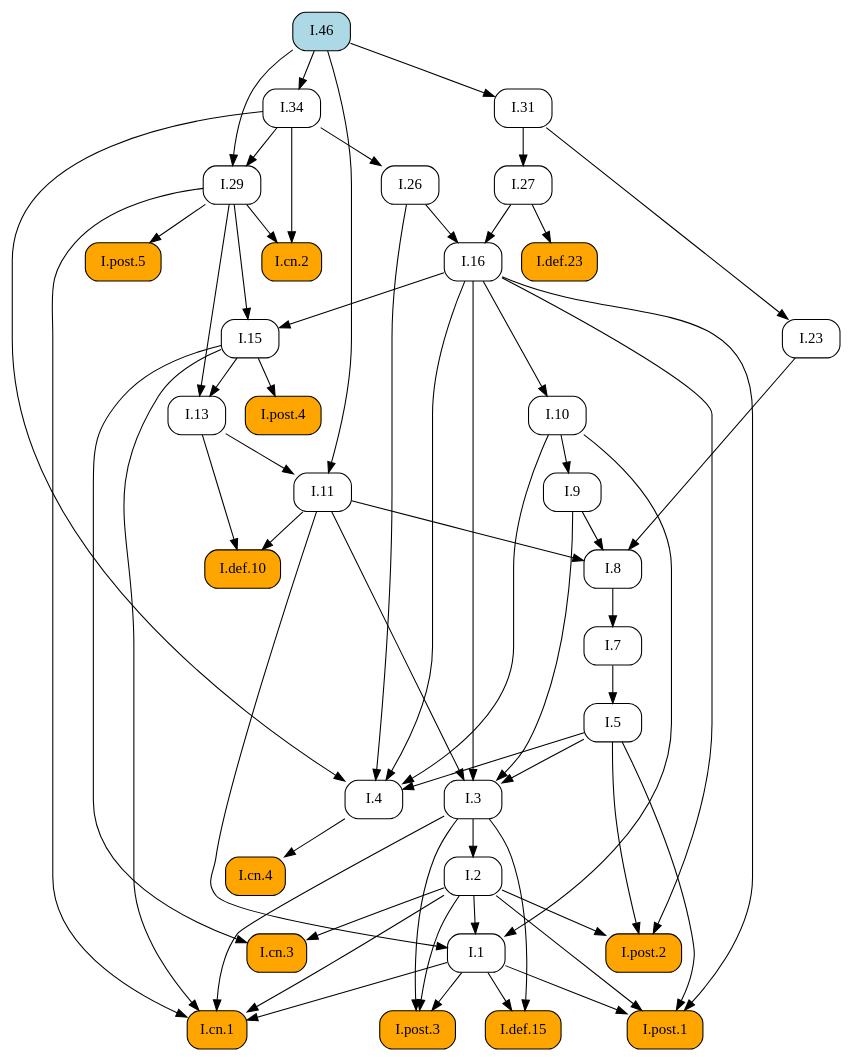
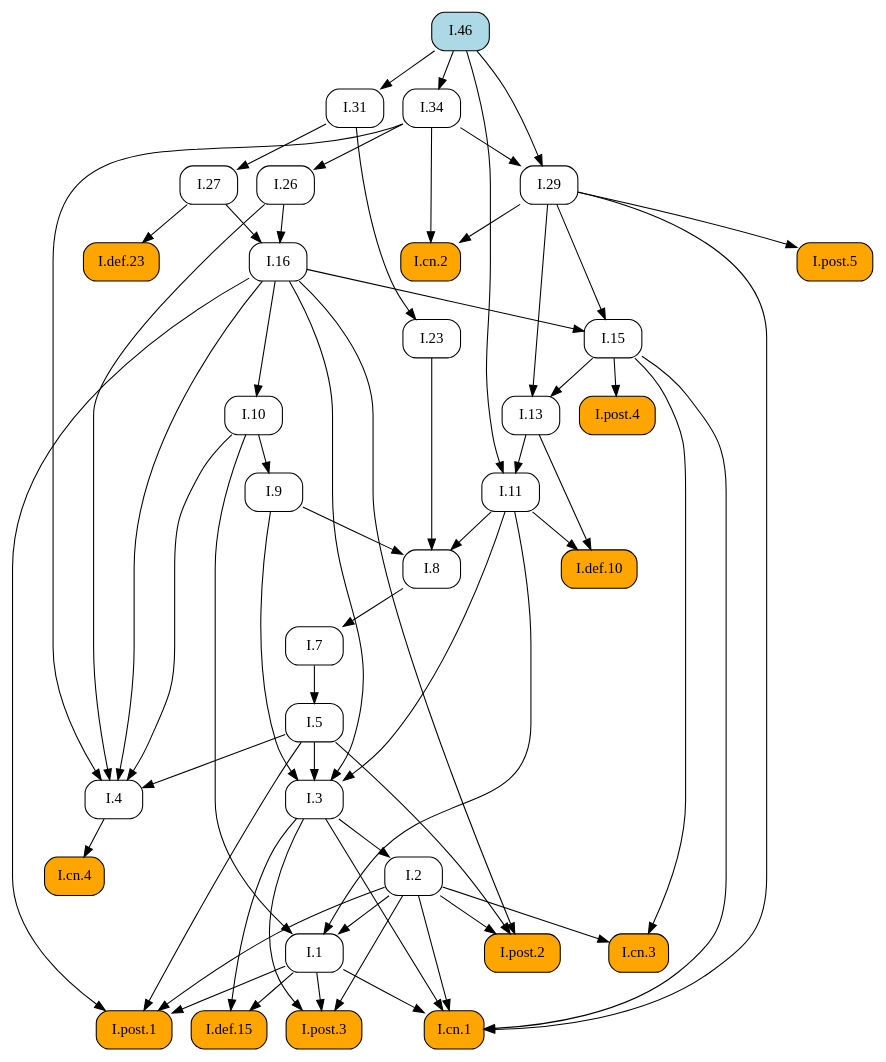
The diagram in docsrc/heath/I/46/index.rst (geometor/elements), drawn with Graphviz before and after one commit. The commit also changed other lines of this file and 484 other files, not shown here.

```diff
--- a/docsrc/heath/I/46/index.rst
+++ b/docsrc/heath/I/46/index.rst
@@ -65,98 +65,98 @@
    digraph {
      rankdir="TB";
      node [shape=box, style=rounded];
+     "I.23" [URL="/heath/I/23/", target="_top"];
+     "I.9" [URL="/heath/I/9/", target="_top"];
+     "I.cn.1" [style="rounded,filled", fillcolor=orange, URL="/heath/I/cn.1/", target="_top"];
+     "I.7" [URL="/heath/I/7/", target="_top"];
+     "I.2" [URL="/heath/I/2/", target="_top"];
+     "I.def.15" [style="rounded,filled", fillcolor=orange, URL="/heath/I/def.15/", target="_top"];
+     "I.13" [URL="/heath/I/13/", target="_top"];
+     "I.post.4" [style="rounded,filled", fillcolor=orange, URL="/heath/I/post.4/", target="_top"];
+     "I.4" [URL="/heath/I/4/", target="_top"];
+     "I.1" [URL="/heath/I/1/", target="_top"];
+     "I.post.3" [style="rounded,filled", fillcolor=orange, URL="/heath/I/post.3/", target="_top"];
+     "I.post.1" [style="rounded,filled", fillcolor=orange, URL="/heath/I/post.1/", target="_top"];
+     "I.5" [URL="/heath/I/5/", target="_top"];
+     "I.8" [URL="/heath/I/8/", target="_top"];
+     "I.29" [URL="/heath/I/29/", target="_top"];
+     "I.cn.3" [style="rounded,filled", fillcolor=orange, URL="/heath/I/cn.3/", target="_top"];
+     "I.16" [URL="/heath/I/16/", target="_top"];
+     "I.31" [URL="/heath/I/31/", target="_top"];
      "I.def.10" [style="rounded,filled", fillcolor=orange, URL="/heath/I/def.10/", target="_top"];
+     "I.15" [URL="/heath/I/15/", target="_top"];
+     "I.10" [URL="/heath/I/10/", target="_top"];
      "I.11" [URL="/heath/I/11/", target="_top"];
-     "I.post.4" [style="rounded,filled", fillcolor=orange, URL="/heath/I/post.4/", target="_top"];
-     "I.1" [URL="/heath/I/1/", target="_top"];
+     "I.def.23" [style="rounded,filled", fillcolor=orange, URL="/heath/I/def.23/", target="_top"];
+     "I.cn.2" [style="rounded,filled", fillcolor=orange, URL="/heath/I/cn.2/", target="_top"];
      "I.27" [URL="/heath/I/27/", target="_top"];
+     "I.post.5" [style="rounded,filled", fillcolor=orange, URL="/heath/I/post.5/", target="_top"];
+     "I.cn.4" [style="rounded,filled", fillcolor=orange, URL="/heath/I/cn.4/", target="_top"];
+     "I.post.2" [style="rounded,filled", fillcolor=orange, URL="/heath/I/post.2/", target="_top"];
      "I.46" [style="rounded,filled", fillcolor=lightblue, URL="/heath/I/46/", target="_top"];
      "I.26" [URL="/heath/I/26/", target="_top"];
-     "I.7" [URL="/heath/I/7/", target="_top"];
      "I.34" [URL="/heath/I/34/", target="_top"];
      "I.3" [URL="/heath/I/3/", target="_top"];
-     "I.2" [URL="/heath/I/2/", target="_top"];
-     "I.4" [URL="/heath/I/4/", target="_top"];
-     "I.def.23" [style="rounded,filled", fillcolor=orange, URL="/heath/I/def.23/", target="_top"];
-     "I.29" [URL="/heath/I/29/", target="_top"];
-     "I.13" [URL="/heath/I/13/", target="_top"];
-     "I.cn.2" [style="rounded,filled", fillcolor=orange, URL="/heath/I/cn.2/", target="_top"];
-     "I.31" [URL="/heath/I/31/", target="_top"];
-     "I.post.2" [style="rounded,filled", fillcolor=orange, URL="/heath/I/post.2/", target="_top"];
-     "I.16" [URL="/heath/I/16/", target="_top"];
-     "I.def.15" [style="rounded,filled", fillcolor=orange, URL="/heath/I/def.15/", target="_top"];
-     "I.9" [URL="/heath/I/9/", target="_top"];
-     "I.post.3" [style="rounded,filled", fillcolor=orange, URL="/heath/I/post.3/", target="_top"];
-     "I.cn.1" [style="rounded,filled", fillcolor=orange, URL="/heath/I/cn.1/", target="_top"];
-     "I.cn.3" [style="rounded,filled", fillcolor=orange, URL="/heath/I/cn.3/", target="_top"];
-     "I.8" [URL="/heath/I/8/", target="_top"];
-     "I.cn.4" [style="rounded,filled", fillcolor=orange, URL="/heath/I/cn.4/", target="_top"];
-     "I.23" [URL="/heath/I/23/", target="_top"];
-     "I.15" [URL="/heath/I/15/", target="_top"];
-     "I.post.5" [style="rounded,filled", fillcolor=orange, URL="/heath/I/post.5/", target="_top"];
-     "I.post.1" [style="rounded,filled", fillcolor=orange, URL="/heath/I/post.1/", target="_top"];
-     "I.10" [URL="/heath/I/10/", target="_top"];
-     "I.5" [URL="/heath/I/5/", target="_top"];
-     "I.11" -> "I.def.10";
-     "I.13" -> "I.def.10";
-     "I.13" -> "I.11";
-     "I.46" -> "I.11";
+     "I.31" -> "I.23";
+     "I.10" -> "I.9";
+     "I.1" -> "I.cn.1";
+     "I.2" -> "I.cn.1";
+     "I.3" -> "I.cn.1";
+     "I.15" -> "I.cn.1";
+     "I.29" -> "I.cn.1";
+     "I.8" -> "I.7";
+     "I.3" -> "I.2";
+     "I.1" -> "I.def.15";
+     "I.3" -> "I.def.15";
+     "I.15" -> "I.13";
+     "I.29" -> "I.13";
      "I.15" -> "I.post.4";
+     "I.5" -> "I.4";
+     "I.10" -> "I.4";
+     "I.16" -> "I.4";
+     "I.26" -> "I.4";
+     "I.34" -> "I.4";
      "I.2" -> "I.1";
      "I.10" -> "I.1";
      "I.11" -> "I.1";
+     "I.1" -> "I.post.3";
+     "I.2" -> "I.post.3";
+     "I.3" -> "I.post.3";
+     "I.1" -> "I.post.1";
+     "I.2" -> "I.post.1";
+     "I.5" -> "I.post.1";
+     "I.16" -> "I.post.1";
+     "I.7" -> "I.5";
+     "I.9" -> "I.8";
+     "I.11" -> "I.8";
+     "I.23" -> "I.8";
+     "I.34" -> "I.29";
+     "I.46" -> "I.29";
+     "I.2" -> "I.cn.3";
+     "I.15" -> "I.cn.3";
+     "I.26" -> "I.16";
+     "I.27" -> "I.16";
+     "I.46" -> "I.31";
+     "I.11" -> "I.def.10";
+     "I.13" -> "I.def.10";
+     "I.16" -> "I.15";
+     "I.29" -> "I.15";
+     "I.16" -> "I.10";
+     "I.13" -> "I.11";
+     "I.46" -> "I.11";
+     "I.27" -> "I.def.23";
+     "I.29" -> "I.cn.2";
+     "I.34" -> "I.cn.2";
      "I.31" -> "I.27";
+     "I.29" -> "I.post.5";
+     "I.4" -> "I.cn.4";
+     "I.2" -> "I.post.2";
+     "I.5" -> "I.post.2";
+     "I.16" -> "I.post.2";
      "I.34" -> "I.26";
-     "I.8" -> "I.7";
      "I.46" -> "I.34";
      "I.5" -> "I.3";
      "I.9" -> "I.3";
      "I.11" -> "I.3";
      "I.16" -> "I.3";
-     "I.3" -> "I.2";
-     "I.5" -> "I.4";
-     "I.10" -> "I.4";
-     "I.16" -> "I.4";
-     "I.26" -> "I.4";
-     "I.34" -> "I.4";
-     "I.27" -> "I.def.23";
-     "I.34" -> "I.29";
-     "I.46" -> "I.29";
-     "I.15" -> "I.13";
-     "I.29" -> "I.13";
-     "I.29" -> "I.cn.2";
-     "I.34" -> "I.cn.2";
-     "I.46" -> "I.31";
-     "I.2" -> "I.post.2";
-     "I.5" -> "I.post.2";
-     "I.16" -> "I.post.2";
-     "I.26" -> "I.16";
-     "I.27" -> "I.16";
-     "I.1" -> "I.def.15";
-     "I.3" -> "I.def.15";
-     "I.10" -> "I.9";
-     "I.1" -> "I.post.3";
-     "I.2" -> "I.post.3";
-     "I.3" -> "I.post.3";
-     "I.1" -> "I.cn.1";
-     "I.2" -> "I.cn.1";
-     "I.3" -> "I.cn.1";
-     "I.15" -> "I.cn.1";
-     "I.29" -> "I.cn.1";
-     "I.2" -> "I.cn.3";
-     "I.15" -> "I.cn.3";
-     "I.9" -> "I.8";
-     "I.11" -> "I.8";
-     "I.23" -> "I.8";
-     "I.4" -> "I.cn.4";
-     "I.31" -> "I.23";
-     "I.16" -> "I.15";
-     "I.29" -> "I.15";
-     "I.29" -> "I.post.5";
-     "I.1" -> "I.post.1";
-     "I.2" -> "I.post.1";
-     "I.5" -> "I.post.1";
-     "I.16" -> "I.post.1";
-     "I.16" -> "I.10";
-     "I.7" -> "I.5";
    }
```
